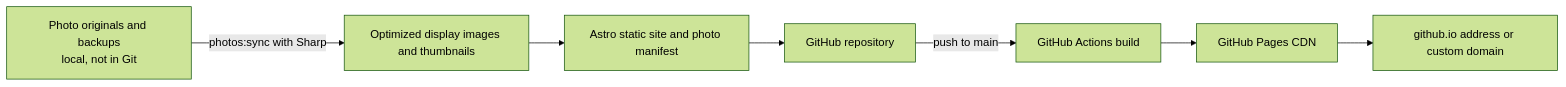
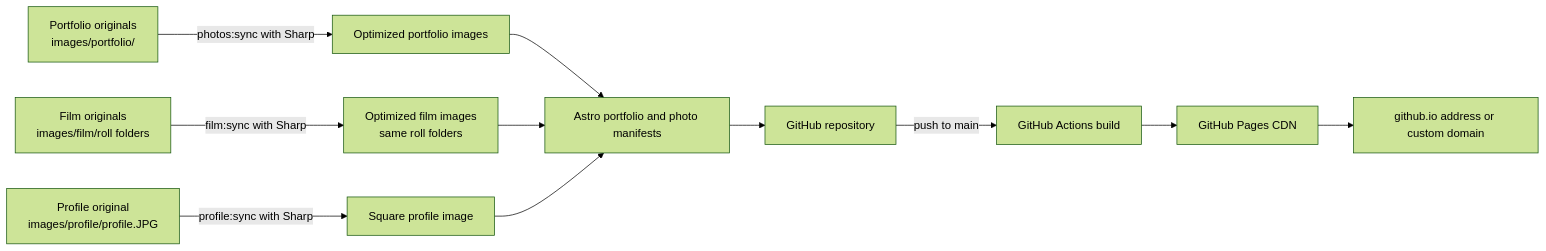
Before and after one commit to LinquanS/LinquanS.github.io: the diagram in README.md, drawn with Mermaid (forest theme). The commit also changed other lines of this file and 166 other files, not shown here.

Commit message:
Add film gallery and profile asset

````diff
--- a/README.md
+++ b/README.md
@@ -9,9 +9,13 @@
 ```mermaid
 flowchart LR
-  A[Photo originals and backups<br/>local, not in Git] -->|photos:sync with Sharp| B[Optimized display images and thumbnails]
-  B --> C[Astro static site and photo manifest]
+  A[Portfolio originals<br/>images/portfolio/] -->|photos:sync with Sharp| B[Optimized portfolio images]
+  H[Film originals<br/>images/film/roll folders] -->|film:sync with Sharp| I[Optimized film images<br/>same roll folders]
+  B --> C[Astro portfolio and photo manifests]
+  I --> C
+  J[Profile original<br/>images/profile/profile.JPG] -->|profile:sync with Sharp| K[Square profile image]
+  K --> C
   C --> D[GitHub repository]
   D -->|push to main| E[GitHub Actions build]
   E --> F[GitHub Pages CDN]
   F --> G[github.io address or custom domain]
 ```
````
